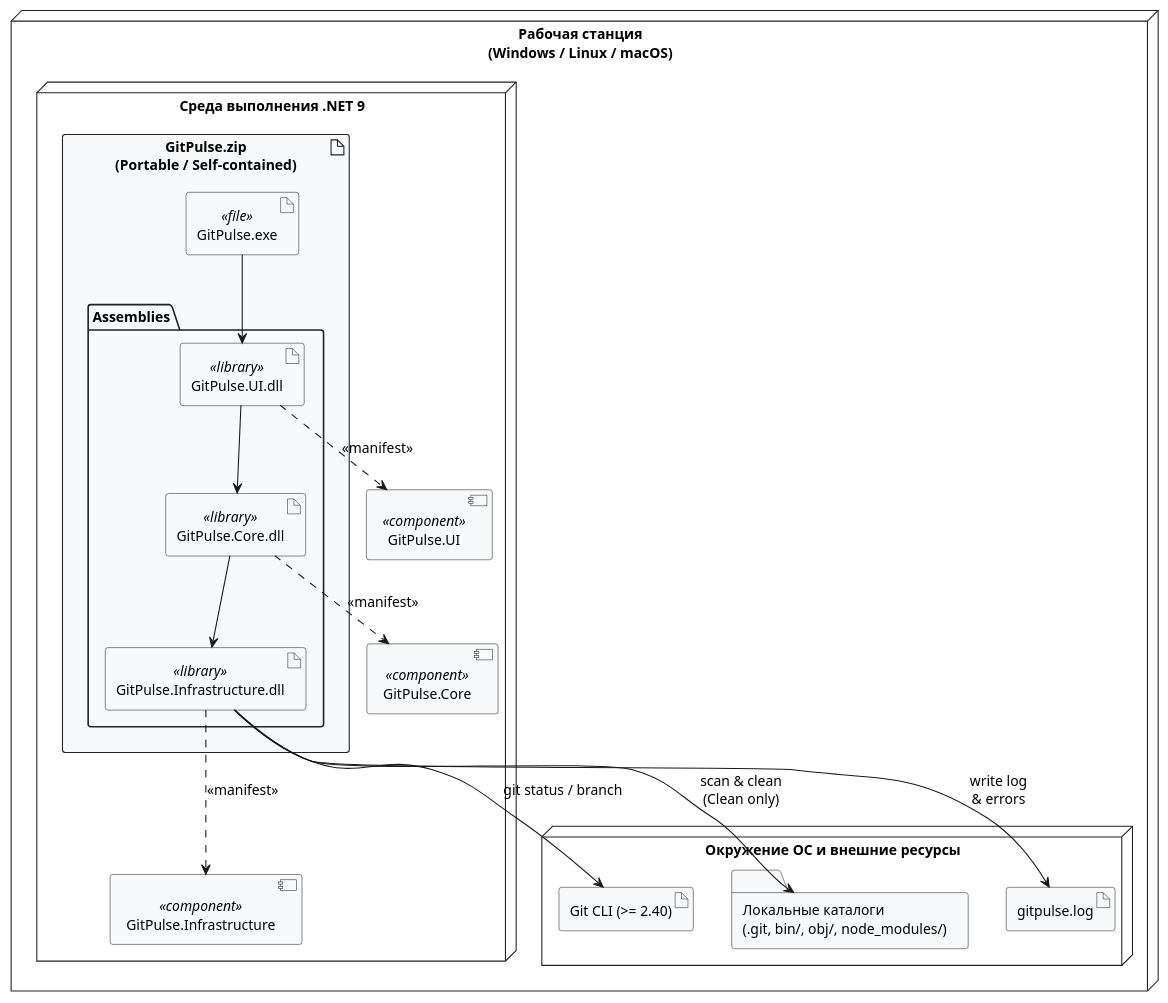
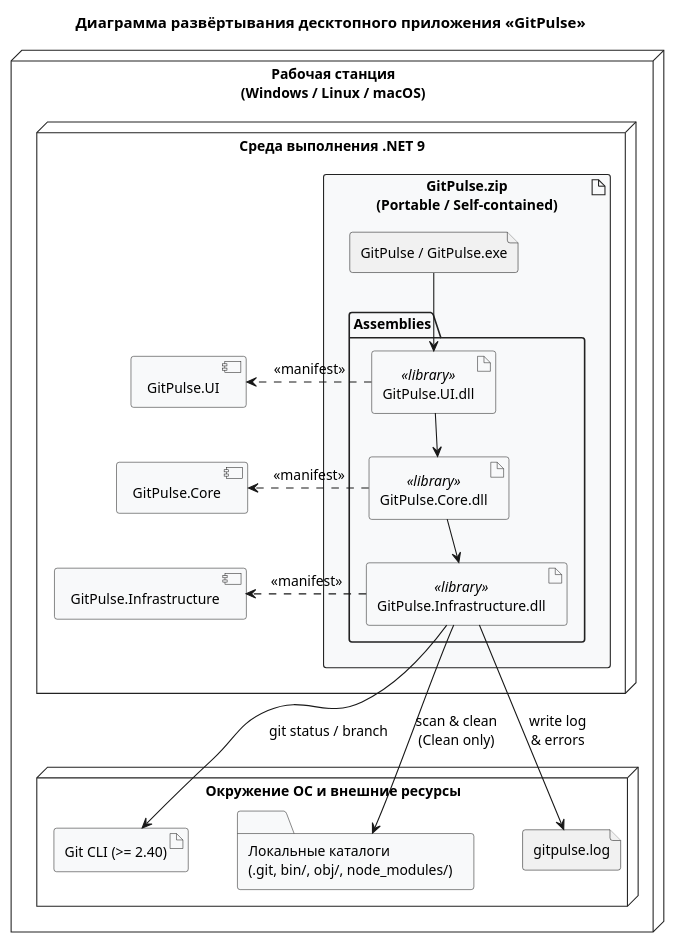
Before and after one commit to BSUIR-SDLC/SDLC: the diagram in diagrams/gitpulse-deployment.puml, drawn with PlantUML. The commit also changed 19 other files, not shown here.

Commit message:
docs: синхронизировать документацию и диаграммы после согласования

```diff
--- a/diagrams/gitpulse-deployment.puml
+++ b/diagrams/gitpulse-deployment.puml
@@ -1,58 +1,64 @@
-@startuml
+@startuml gitpulse-deployment
+title Диаграмма развёртывания десктопного приложения «GitPulse»
 top to bottom direction
 skinparam shadowing false
+skinparam ranksep 40
+skinparam nodesep 45
 skinparam defaultFontName Arial
 skinparam defaultFontSize 13
 skinparam node {
   BackgroundColor #FFFFFF
   BorderColor #222222
 }
 skinparam artifact {
   BackgroundColor #F8F9FA
   BorderColor #222222
 }
 skinparam component {
   BackgroundColor #F8F9FA
   BorderColor #222222
 }
 skinparam folder {
   BackgroundColor #F8F9FA
   BorderColor #222222
 }
 
 node "Рабочая станция\n(Windows / Linux / macOS)" as Workstation {
   node "Среда выполнения .NET 9" as Runtime {
     artifact "GitPulse.zip\n(Portable / Self-contained)" as Dist {
-      artifact "GitPulse.exe" <<file>> as Exe
+      file "GitPulse / GitPulse.exe" as Exe
 
       folder "Assemblies" {
         artifact "GitPulse.UI.dll" <<library>> as UiDll
         artifact "GitPulse.Core.dll" <<library>> as CoreDll
         artifact "GitPulse.Infrastructure.dll" <<library>> as InfraDll
       }
 
       Exe --> UiDll
       UiDll --> CoreDll
       CoreDll --> InfraDll
     }
 
-    component "GitPulse.UI" <<component>> as UiComp
-    component "GitPulse.Core" <<component>> as CoreComp
-    component "GitPulse.Infrastructure" <<component>> as InfraComp
+    component "GitPulse.UI" as UiComp
+    component "GitPulse.Core" as CoreComp
+    component "GitPulse.Infrastructure" as InfraComp
 
-    UiDll ..> UiComp : <<manifest>>
-    CoreDll ..> CoreComp : <<manifest>>
-    InfraDll ..> InfraComp : <<manifest>>
+    UiComp -[hidden]down-> CoreComp
+    CoreComp -[hidden]down-> InfraComp
+
+    UiDll .right.> UiComp : <<manifest>>
+    CoreDll .right.> CoreComp : <<manifest>>
+    InfraDll .right.> InfraComp : <<manifest>>
   }
 
   node "Окружение ОС и внешние ресурсы" as OsEnv {
     artifact "Git CLI (>= 2.40)" as GitCli
     folder "Локальные каталоги\n(.git, bin/, obj/, node_modules/)" as LocalDirs
-    artifact "gitpulse.log" as LogFile
+    file "gitpulse.log" as LogFile
   }
 
   InfraDll --> GitCli : git status / branch
   InfraDll --> LocalDirs : scan & clean\n(Clean only)
   InfraDll --> LogFile : write log\n& errors
 }
 @enduml
```
